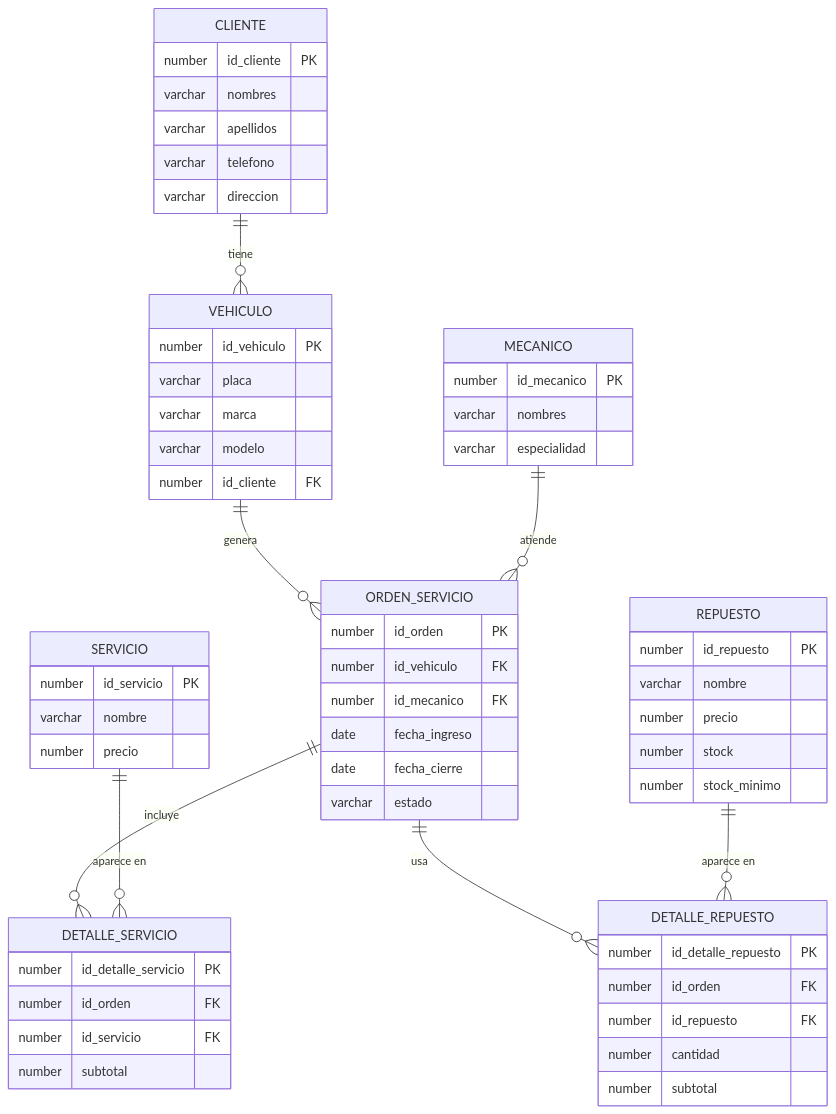
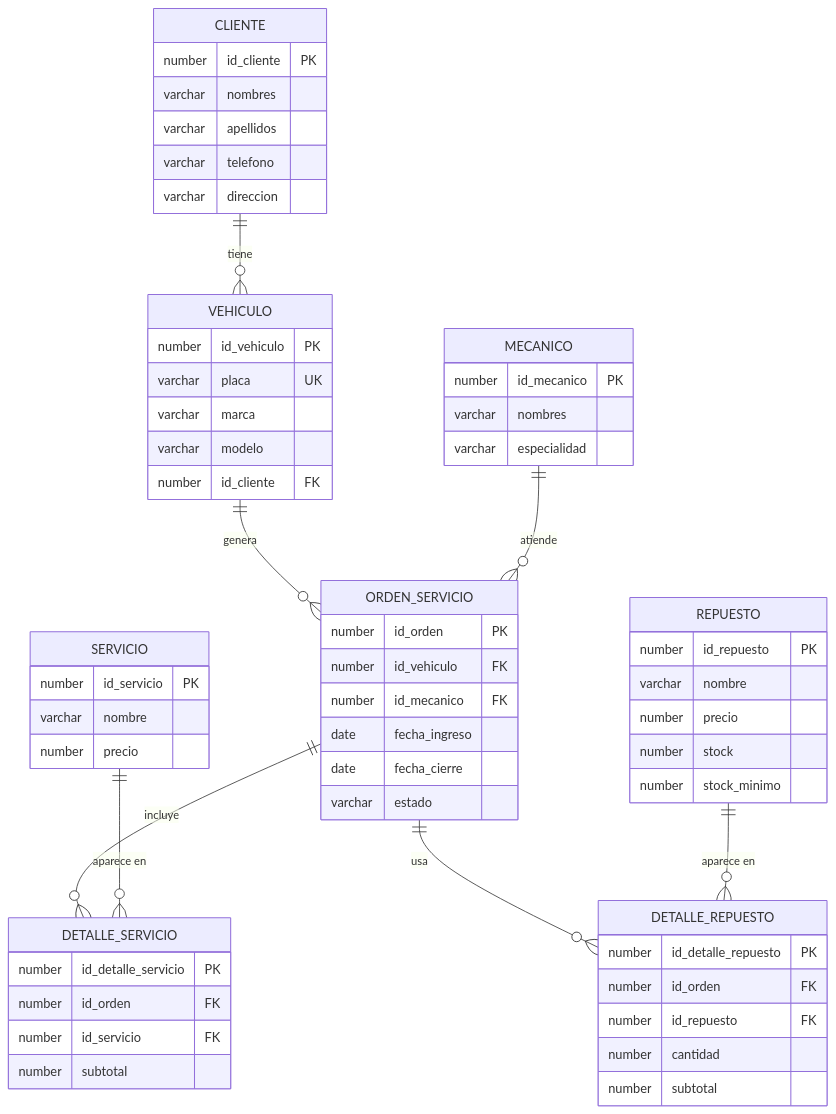
The diagram in ER_AUTOFIX.md (RXDG2908/BD-FINAL), drawn with Mermaid before and after one commit.

Commit message:
Corrige ER: agrega restriccion UNIQUE en placa de VEHICULO

````diff
--- a/ER_AUTOFIX.md
+++ b/ER_AUTOFIX.md
@@ -3,71 +3,71 @@
 ```mermaid
 erDiagram
 
     CLIENTE {
         number id_cliente PK
         varchar nombres
         varchar apellidos
         varchar telefono
         varchar direccion
     }
 
     VEHICULO {
         number id_vehiculo PK
-        varchar placa
+        varchar placa UK
         varchar marca
         varchar modelo
         number id_cliente FK
     }
 
     MECANICO {
         number id_mecanico PK
         varchar nombres
         varchar especialidad
     }
 
     SERVICIO {
         number id_servicio PK
         varchar nombre
         number precio
     }
 
     REPUESTO {
         number id_repuesto PK
         varchar nombre
         number precio
         number stock
         number stock_minimo
     }
 
     ORDEN_SERVICIO {
         number id_orden PK
         number id_vehiculo FK
         number id_mecanico FK
         date fecha_ingreso
         date fecha_cierre
         varchar estado
     }
 
     DETALLE_SERVICIO {
         number id_detalle_servicio PK
         number id_orden FK
         number id_servicio FK
         number subtotal
     }
 
     DETALLE_REPUESTO {
         number id_detalle_repuesto PK
         number id_orden FK
         number id_repuesto FK
         number cantidad
         number subtotal
     }
 
     CLIENTE        ||--o{ VEHICULO          : "tiene"
     VEHICULO       ||--o{ ORDEN_SERVICIO    : "genera"
     MECANICO       ||--o{ ORDEN_SERVICIO    : "atiende"
     ORDEN_SERVICIO ||--o{ DETALLE_SERVICIO  : "incluye"
     ORDEN_SERVICIO ||--o{ DETALLE_REPUESTO  : "usa"
     SERVICIO       ||--o{ DETALLE_SERVICIO  : "aparece en"
     REPUESTO       ||--o{ DETALLE_REPUESTO  : "aparece en"
 ```
````
